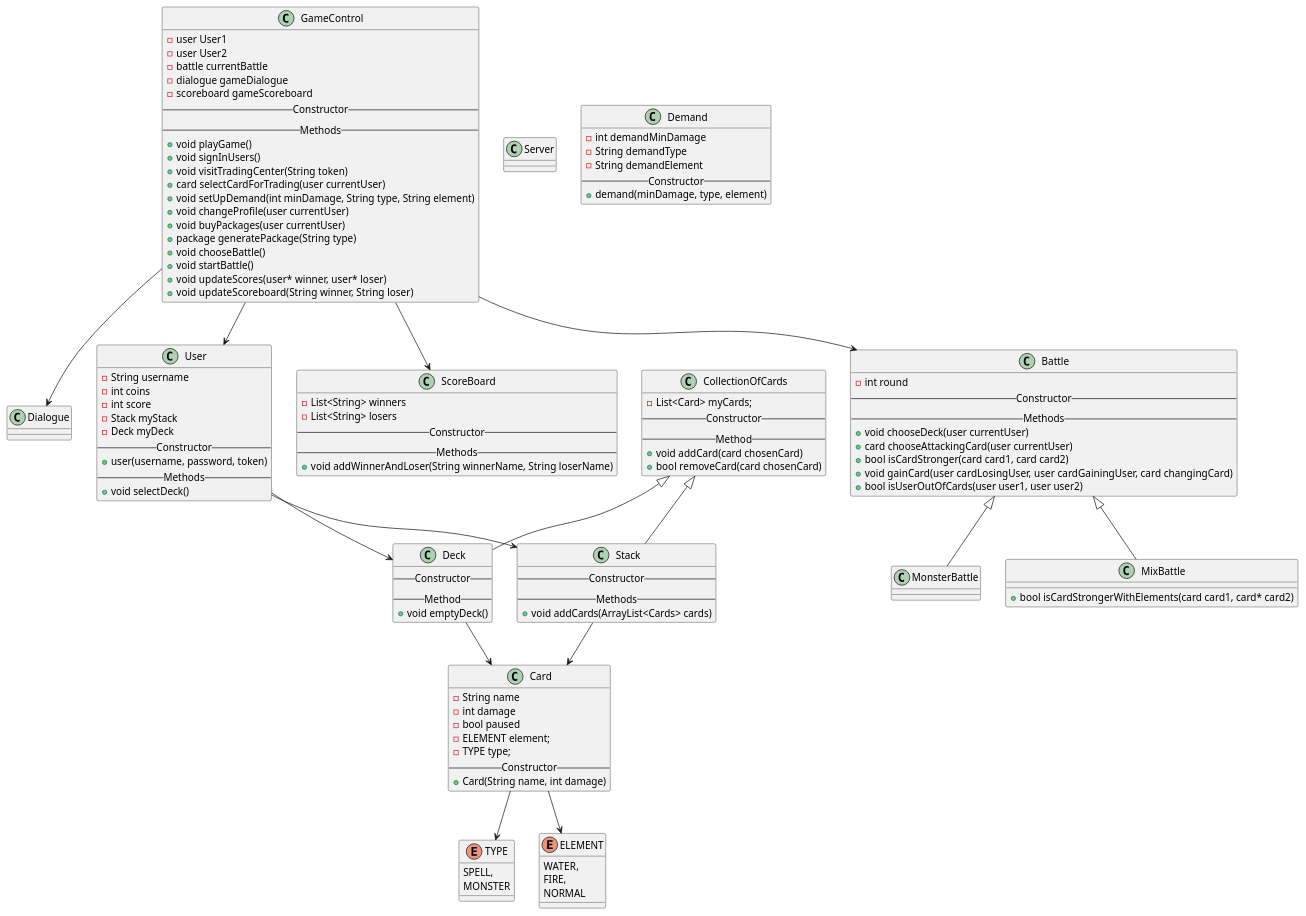
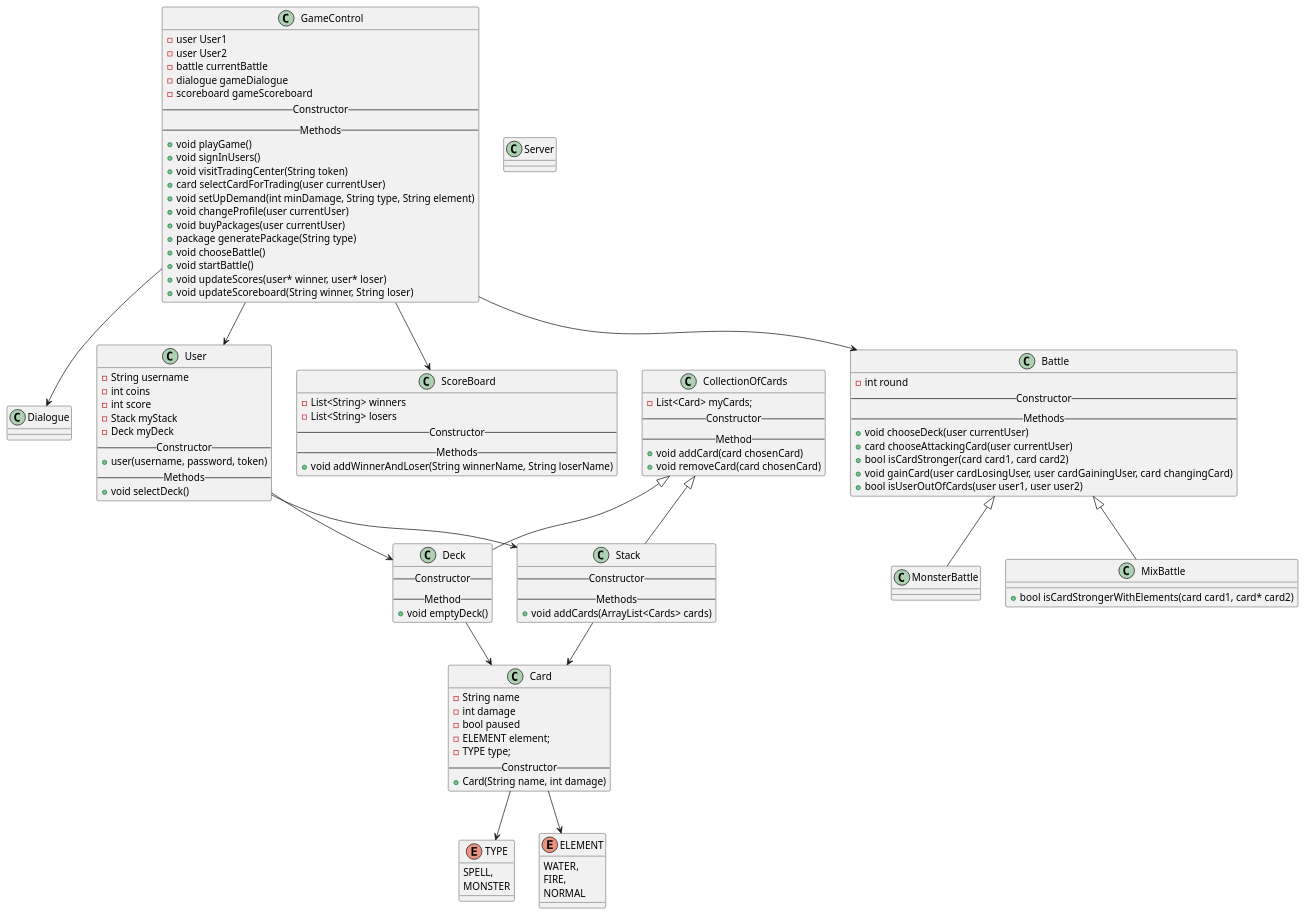
The diagram in Monster-Trading-Card-Game/classdiagram.puml (marlis-t/MonsterTradingCardGame), drawn with PlantUML before and after one commit. The commit also changed 5 other files, not shown here.

```diff
--- a/Monster-Trading-Card-Game/classdiagram.puml
+++ b/Monster-Trading-Card-Game/classdiagram.puml
@@ -1,133 +1,121 @@
 @startuml
 class User{
     -String username
     -int coins
     -int score
     -Stack myStack
     -Deck myDeck
     --Constructor--
     +user(username, password, token)
     --Methods--
     +void selectDeck()
 }
 
 class Server{
 }
 
 enum TYPE{
     SPELL,
     MONSTER
 }
 
 enum ELEMENT{
     WATER,
     FIRE,
     NORMAL
 }
 
 class Card{
     -String name
     -int damage
     -bool paused
     -ELEMENT element;
     -TYPE type;
     --Constructor--
   +Card(String name, int damage)
 }
-
+class CollectionOfCards{
+    -List<Card> myCards;
+    --Constructor--
+    --Method--
+    +void addCard(card chosenCard)
+    +void removeCard(card chosenCard)
+}
 class Deck extends CollectionOfCards{
     --Constructor--
     --Method--
     +void emptyDeck()
 }
-
 class Stack extends CollectionOfCards{
     --Constructor--
     --Methods--
     +void addCards(ArrayList<Cards> cards)
 }
-class CollectionOfCards{
-    -List<Card> myCards;
-    --Constructor--
-    --Method--
-    +void addCard(card chosenCard)
-    +bool removeCard(card chosenCard)
-}
-
 class ScoreBoard{
     -List<String> winners
     -List<String> losers
     --Constructor--
     --Methods--
     +void addWinnerAndLoser(String winnerName, String loserName)
 }
 
 class Battle{
     -int round
     --Constructor--
     --Methods--
     +void chooseDeck(user currentUser)
     +card chooseAttackingCard(user currentUser)
     +bool isCardStronger(card card1, card card2)
     +void gainCard(user cardLosingUser, user cardGainingUser, card changingCard)
     +bool isUserOutOfCards(user user1, user user2)
 }
 
 class MonsterBattle extends Battle{
 
 }
 
 class MixBattle extends Battle{
     +bool isCardStrongerWithElements(card card1, card* card2)
 }
 
 class Dialogue{
 }
-
-class Demand{
-    -int demandMinDamage
-    -String demandType
-    -String demandElement
-    --Constructor--
-    +demand(minDamage, type, element)
-}
-
 class GameControl{
  -user User1
  -user User2
  -battle currentBattle
  -dialogue gameDialogue
  -scoreboard gameScoreboard
  --Constructor--
  --Methods--
  +void playGame()
  +void signInUsers()
  +void visitTradingCenter(String token)
   +card selectCardForTrading(user currentUser)
   +void setUpDemand(int minDamage, String type, String element)
  +void changeProfile(user currentUser)
  +void buyPackages(user currentUser)
   +package generatePackage(String type)
  +void chooseBattle()
  +void startBattle()
   +void updateScores(user* winner, user* loser)
   +void updateScoreboard(String winner, String loser)
 }
 
 
 GameControl --> User
 GameControl --> ScoreBoard
 GameControl --> Battle
 GameControl --> Dialogue
 
 User --> Deck
 User --> Stack
 
 Deck --> Card
 
 Stack --> Card
 
 Card --> TYPE
 Card --> ELEMENT
 
 @enduml
```
